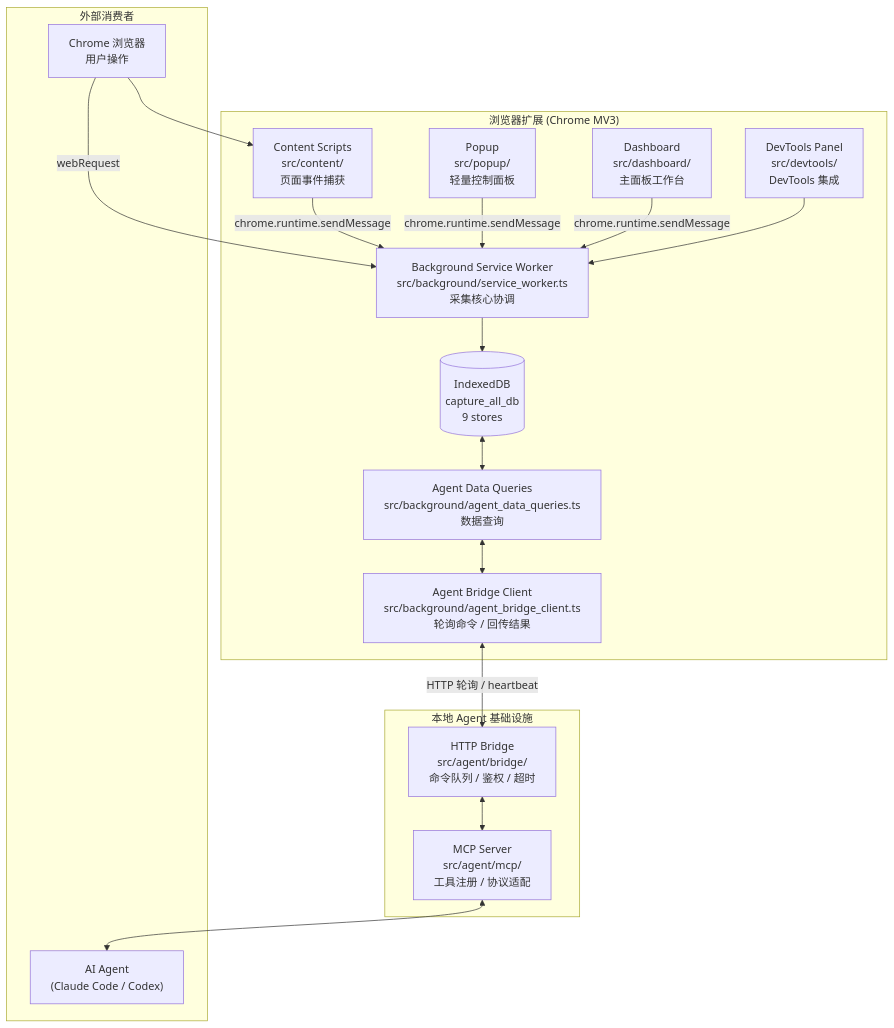
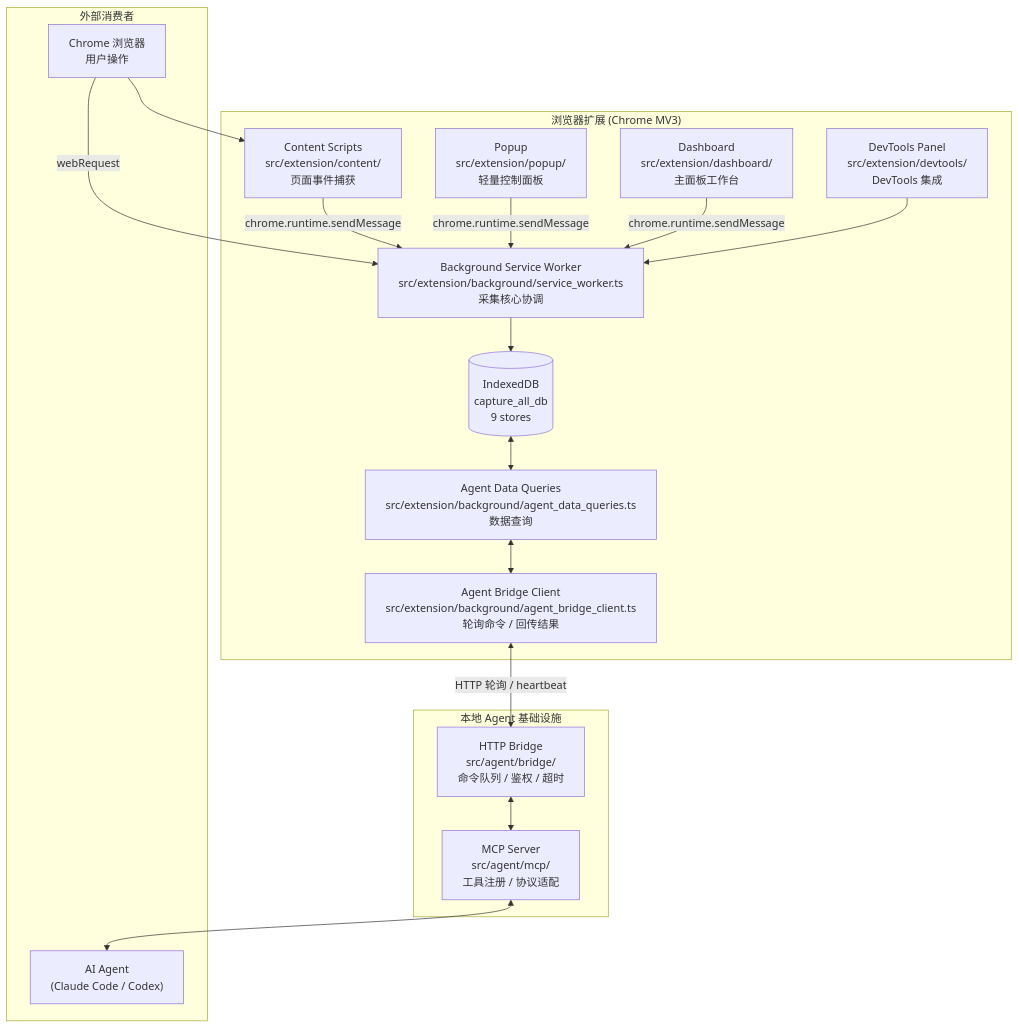
The diagram in docs/archive/specs/architecture.md (TuTouPower/capture_all), drawn with Mermaid before and after one commit. The commit also changed other lines of this file and 222 other files, not shown here.

````diff
--- a/docs/archive/specs/architecture.md
+++ b/docs/archive/specs/architecture.md
@@ -7,36 +7,36 @@
 ```mermaid
 graph TB
     subgraph "浏览器扩展 (Chrome MV3)"
-        SW["Background Service Worker<br/>src/background/service_worker.ts<br/>采集核心协调"]
-        CS["Content Scripts<br/>src/content/<br/>页面事件捕获"]
-        POP["Popup<br/>src/popup/<br/>轻量控制面板"]
-        DASH["Dashboard<br/>src/dashboard/<br/>主面板工作台"]
-        DT["DevTools Panel<br/>src/devtools/<br/>DevTools 集成"]
+        SW["Background Service Worker<br/>src/extension/background/service_worker.ts<br/>采集核心协调"]
+        CS["Content Scripts<br/>src/extension/content/<br/>页面事件捕获"]
+        POP["Popup<br/>src/extension/popup/<br/>轻量控制面板"]
+        DASH["Dashboard<br/>src/extension/dashboard/<br/>主面板工作台"]
+        DT["DevTools Panel<br/>src/extension/devtools/<br/>DevTools 集成"]
         IDB[("IndexedDB<br/>capture_all_db<br/>9 stores")]
-        BC["Agent Bridge Client<br/>src/background/agent_bridge_client.ts<br/>轮询命令 / 回传结果"]
-        AQ["Agent Data Queries<br/>src/background/agent_data_queries.ts<br/>数据查询"]
+        BC["Agent Bridge Client<br/>src/extension/background/agent_bridge_client.ts<br/>轮询命令 / 回传结果"]
+        AQ["Agent Data Queries<br/>src/extension/background/agent_data_queries.ts<br/>数据查询"]
     end
 
     subgraph "本地 Agent 基础设施"
         BRIDGE["HTTP Bridge<br/>src/agent/bridge/<br/>命令队列 / 鉴权 / 超时"]
         MCP["MCP Server<br/>src/agent/mcp/<br/>工具注册 / 协议适配"]
     end
 
     subgraph "外部消费者"
         AGENT["AI Agent<br/>(Claude Code / Codex)"]
         BROWSER["Chrome 浏览器<br/>用户操作"]
     end
 
     BROWSER --> CS
     CS -->|chrome.runtime.sendMessage| SW
     BROWSER -->|webRequest| SW
     SW --> IDB
     POP -->|chrome.runtime.sendMessage| SW
     DASH -->|chrome.runtime.sendMessage| SW
     DT --> SW
     BC <-->|HTTP 轮询 / heartbeat| BRIDGE
     BRIDGE <--> MCP
     MCP <--> AGENT
     IDB <--> AQ
     AQ <--> BC
 ```
````
